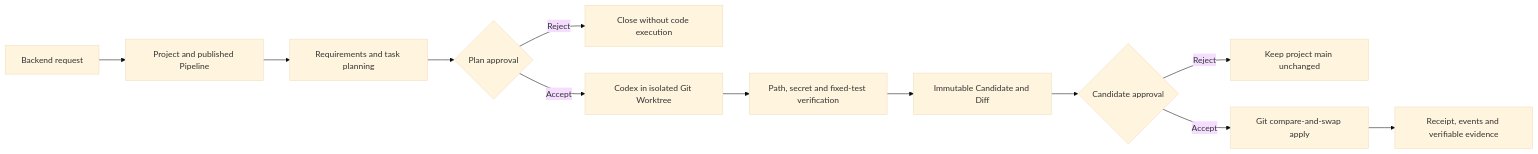
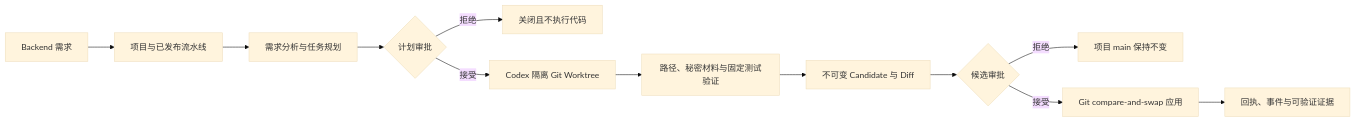
The first of 2 diagrams in README.md (Jinchengawu/DEV-Agent-Teams-V2), drawn with Mermaid (base theme) before and after one commit. The commit also changed other lines of this file and 2 other files, not shown here.

````diff
--- a/README.md
+++ b/README.md
@@ -22,14 +22,14 @@
 ```mermaid
 flowchart LR
-    A[Backend request] --> B[Project and published Pipeline]
-    B --> C[Requirements and task planning]
-    C --> D{Plan approval}
-    D -->|Reject| X[Close without code execution]
-    D -->|Accept| E[Codex in isolated Git Worktree]
-    E --> F[Path, secret and fixed-test verification]
-    F --> G[Immutable Candidate and Diff]
-    G --> H{Candidate approval}
-    H -->|Reject| Y[Keep project main unchanged]
-    H -->|Accept| I[Git compare-and-swap apply]
-    I --> J[Receipt, events and verifiable evidence]
+    A[Backend 需求] --> B[项目与已发布流水线]
+    B --> C[需求分析与任务规划]
+    C --> D{计划审批}
+    D -->|拒绝| X[关闭且不执行代码]
+    D -->|接受| E[Codex 隔离 Git Worktree]
+    E --> F[路径、秘密材料与固定测试验证]
+    F --> G[不可变 Candidate 与 Diff]
+    G --> H{候选审批}
+    H -->|拒绝| Y[项目 main 保持不变]
+    H -->|接受| I[Git compare-and-swap 应用]
+    I --> J[回执、事件与可验证证据]
 ```
````
